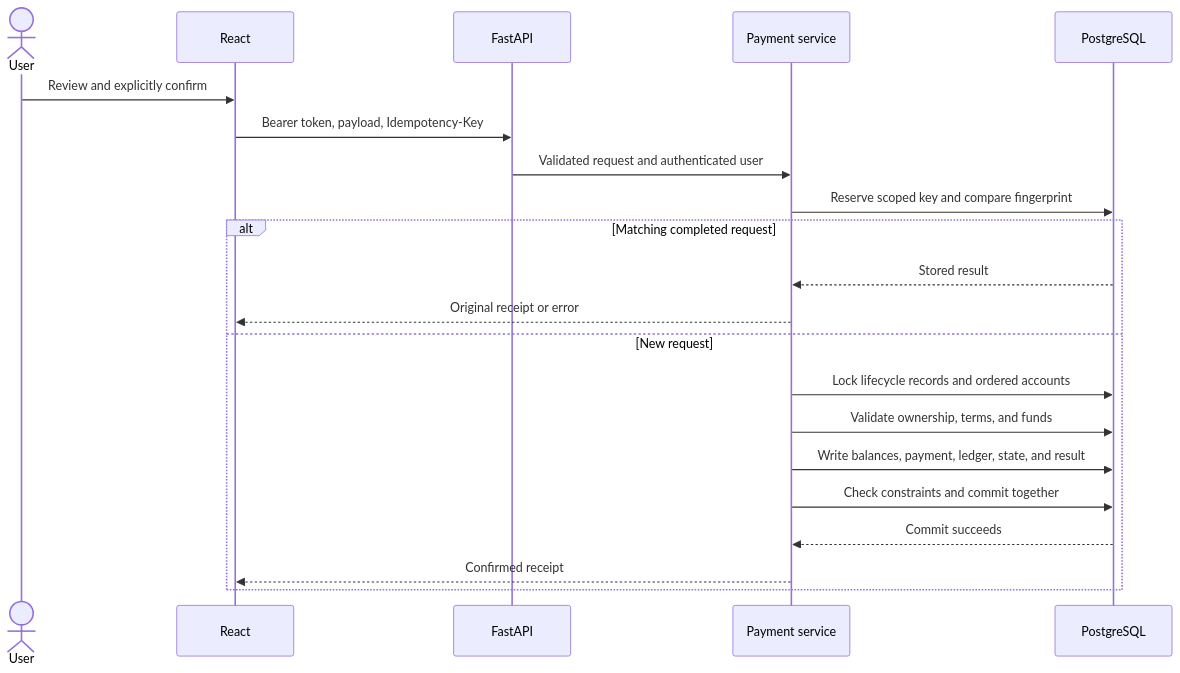
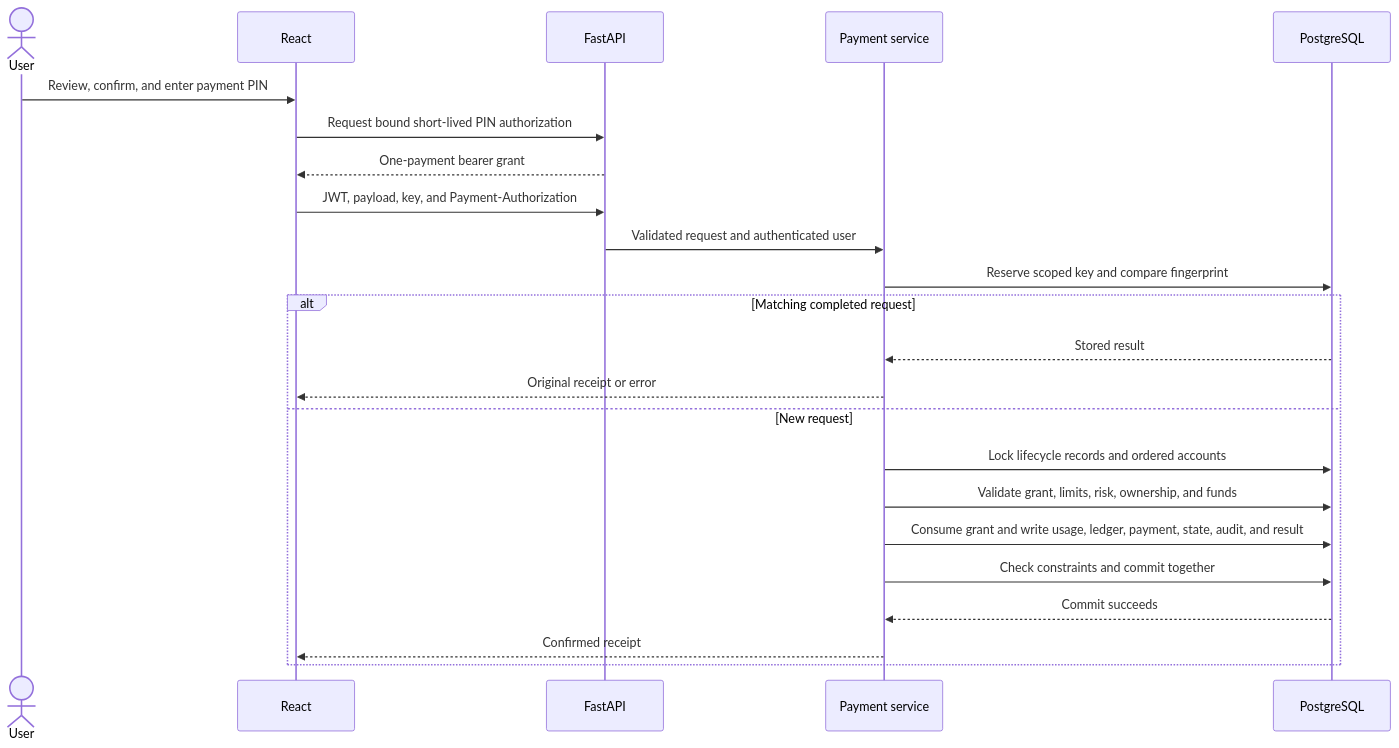
Before and after one commit to Harshita2011/PayFlow: the second of 3 diagrams in README.md, drawn with Mermaid. The commit also changed other lines of this file and 50 other files, not shown here.

````diff
--- a/README.md
+++ b/README.md
@@ -118,23 +121,25 @@
 ```mermaid
 sequenceDiagram
     actor User
     participant UI as React
     participant API as FastAPI
     participant Engine as Payment service
     participant DB as PostgreSQL
-    User->>UI: Review and explicitly confirm
-    UI->>API: Bearer token, payload, Idempotency-Key
+    User->>UI: Review, confirm, and enter payment PIN
+    UI->>API: Request bound short-lived PIN authorization
+    API-->>UI: One-payment bearer grant
+    UI->>API: JWT, payload, key, and Payment-Authorization
     API->>Engine: Validated request and authenticated user
     Engine->>DB: Reserve scoped key and compare fingerprint
     alt Matching completed request
         DB-->>Engine: Stored result
         Engine-->>UI: Original receipt or error
     else New request
         Engine->>DB: Lock lifecycle records and ordered accounts
-        Engine->>DB: Validate ownership, terms, and funds
-        Engine->>DB: Write balances, payment, ledger, state, and result
+        Engine->>DB: Validate grant, limits, risk, ownership, and funds
+        Engine->>DB: Consume grant and write usage, ledger, payment, state, audit, and result
         Engine->>DB: Check constraints and commit together
         DB-->>Engine: Commit succeeds
         Engine-->>UI: Confirmed receipt
     end
 ```
````
